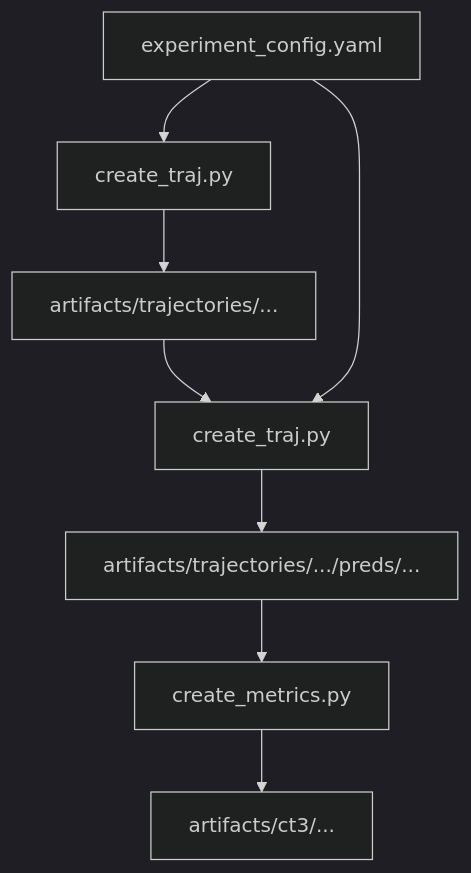
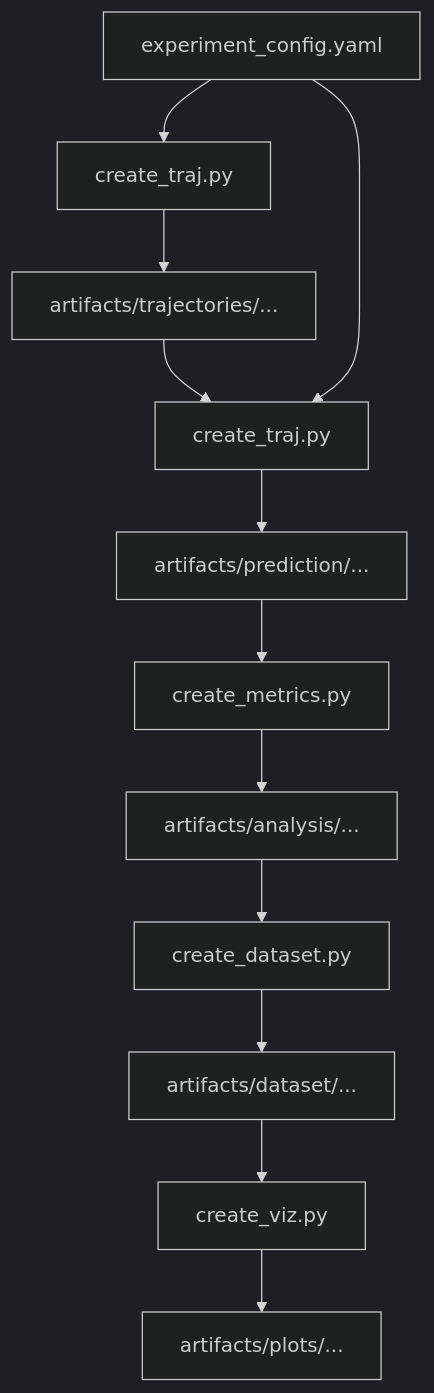
Before and after one commit to MSCA-DN-Digital-Finance/WP3_eXplainable_and_Fair_AI: the diagram in IRP1/Code/ct3_fm/src/README.md, drawn with Mermaid (dark theme). The commit also changed 6 other files, not shown here.

Commit message:
added dataset and viz creation files to src, updated src readmes and run_all.ps1

````diff
--- a/IRP1/Code/ct3_fm/src/README.md
+++ b/IRP1/Code/ct3_fm/src/README.md
@@ -9,10 +9,14 @@
 ```mermaid
 graph TD
     exp_conf[experiment_config.yaml] --> create_traj[create_traj.py]
     create_traj --> out_gen[artifacts/trajectories/...]
     out_gen --> create_preds[create_preds_modelname.py]
     exp_conf --> create_preds[create_traj.py]
-    create_preds --> out_pred[artifacts/trajectories/.../preds/...]
+    create_preds --> out_pred[artifacts/prediction/...]
     out_pred --> create_metrics[create_metrics.py]
-    create_metrics --> out_analysis[artifacts/ct3/...]
+    create_metrics --> out_metric[artifacts/analysis/...]
+    out_metric --> create_dataset[create_dataset.py]
+    create_dataset --> out_dataset[artifacts/dataset/...]
+    out_dataset --> create_viz[create_viz.py]
+    create_viz --> out_viz[artifacts/plots/...]
 ```
````
